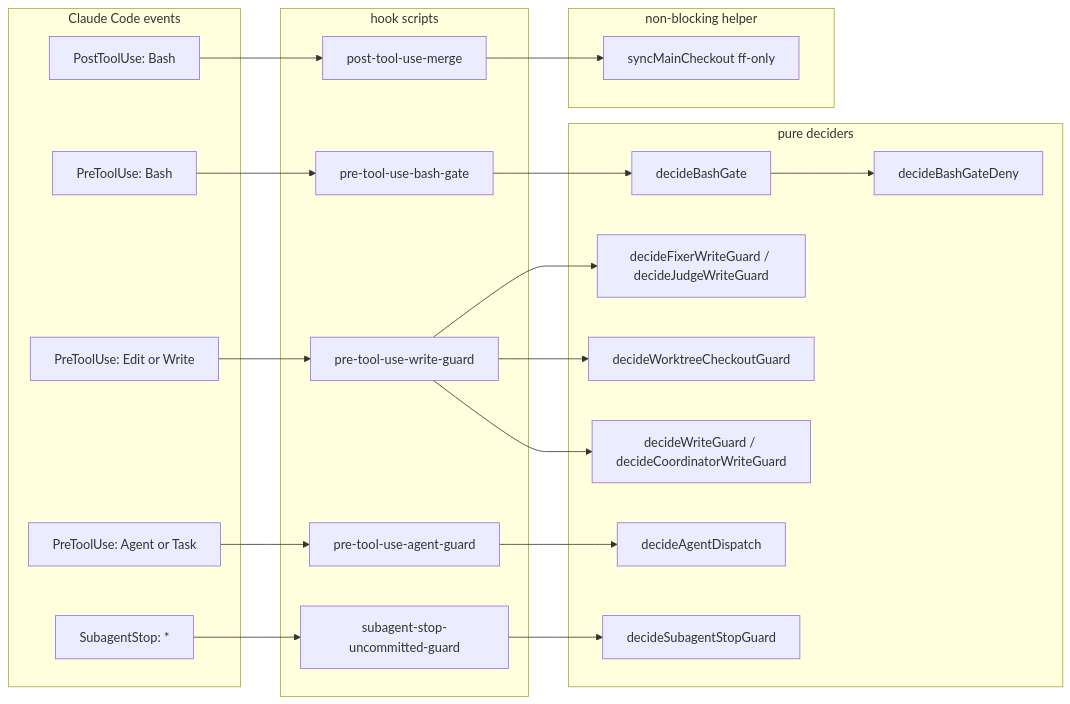
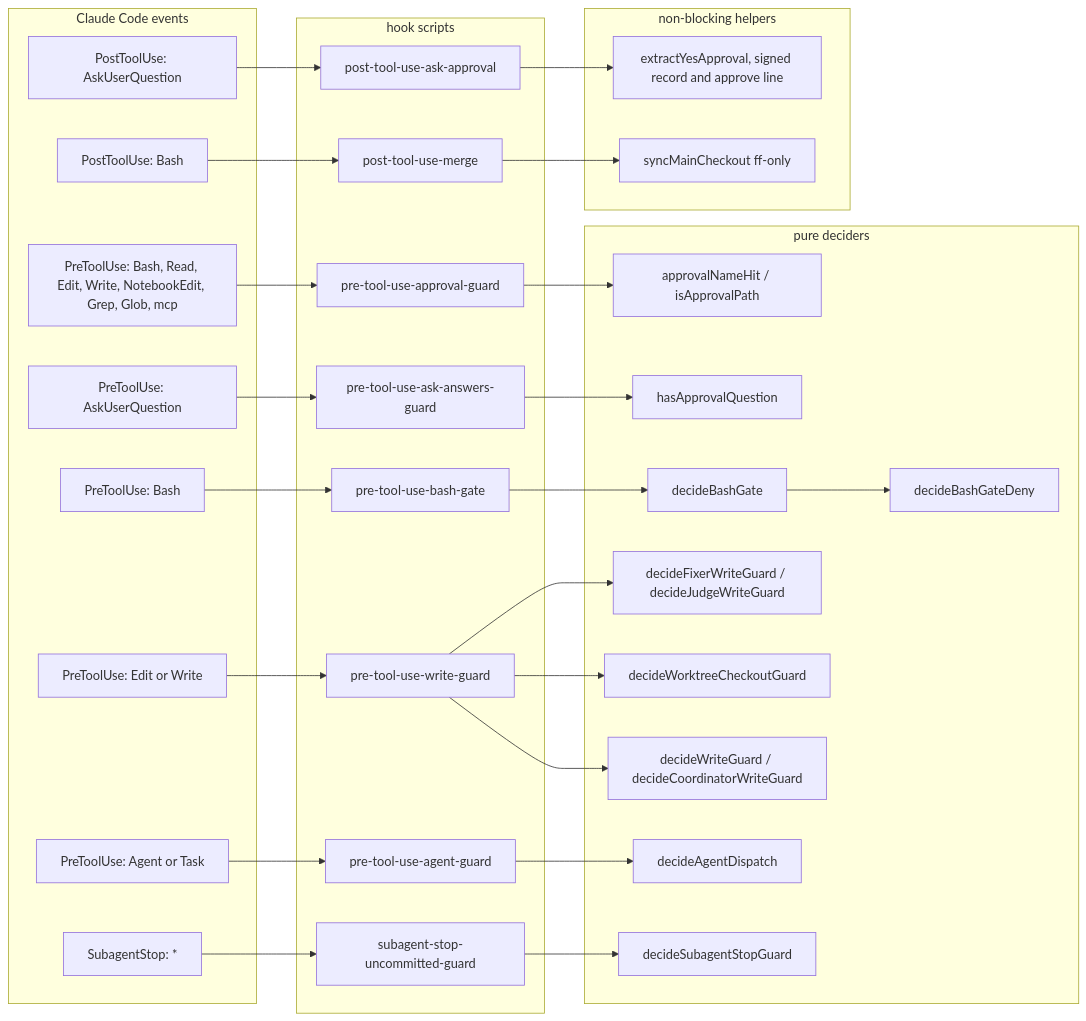
Before and after one commit to mfittko/dev-loops: the first of 16 diagrams in docs/atlas/09-hooks-and-guards.md, drawn with Mermaid. The commit also changed other lines of this file, not shown here.

````diff
--- a/docs/atlas/09-hooks-and-guards.md
+++ b/docs/atlas/09-hooks-and-guards.md
@@ -20,36 +20,48 @@
 ```mermaid
 flowchart LR
   subgraph EV["Claude Code events"]
+    PR["PreToolUse: Bash, Read, Edit, Write, NotebookEdit, Grep, Glob, mcp"]
+    PQ["PreToolUse: AskUserQuestion"]
     PB["PreToolUse: Bash"]
     PW["PreToolUse: Edit or Write"]
     PA["PreToolUse: Agent or Task"]
+    PK["PostToolUse: AskUserQuestion"]
     PO["PostToolUse: Bash"]
     SS["SubagentStop: *"]
   end
   subgraph HK["hook scripts"]
+    RG["pre-tool-use-approval-guard"]
+    QG["pre-tool-use-ask-answers-guard"]
     BG["pre-tool-use-bash-gate"]
     WG["pre-tool-use-write-guard"]
     AG["pre-tool-use-agent-guard"]
+    PK2["post-tool-use-ask-approval"]
     PM["post-tool-use-merge"]
     SG["subagent-stop-uncommitted-guard"]
   end
   subgraph DC["pure deciders"]
+    D9["approvalNameHit / isApprovalPath"]
+    D10["hasApprovalQuestion"]
     D1["decideBashGate"]
     D2["decideBashGateDeny"]
     D3["decideFixerWriteGuard / decideJudgeWriteGuard"]
     D4["decideWorktreeCheckoutGuard"]
     D5["decideWriteGuard / decideCoordinatorWriteGuard"]
     D6["decideAgentDispatch"]
     D7["decideSubagentStopGuard"]
   end
-  subgraph HP["non-blocking helper"]
+  subgraph HP["non-blocking helpers"]
+    D11["extractYesApproval, signed record and approve line"]
     D8["syncMainCheckout ff-only"]
   end
+  PR --> RG --> D9
+  PQ --> QG --> D10
+  PK --> PK2 --> D11
   PB --> BG --> D1 --> D2
   PW --> WG --> D3
   WG --> D4
   WG --> D5
   PA --> AG --> D6
   PO --> PM --> D8
   SS --> SG --> D7
 ```
````
